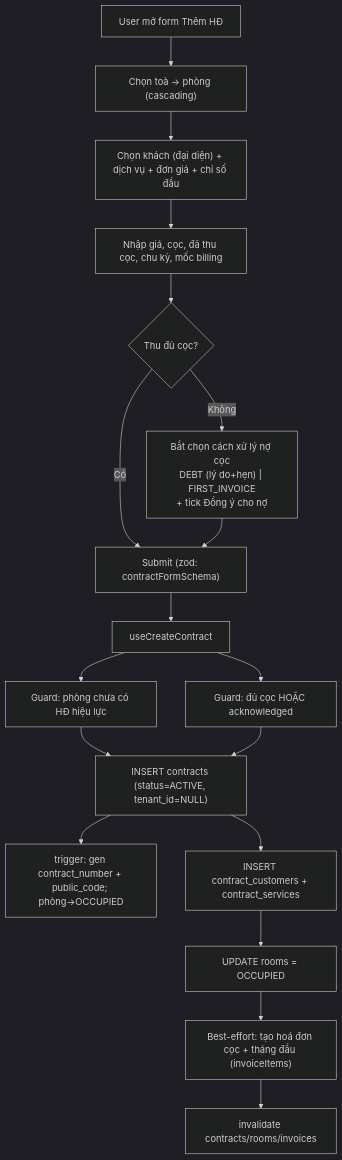
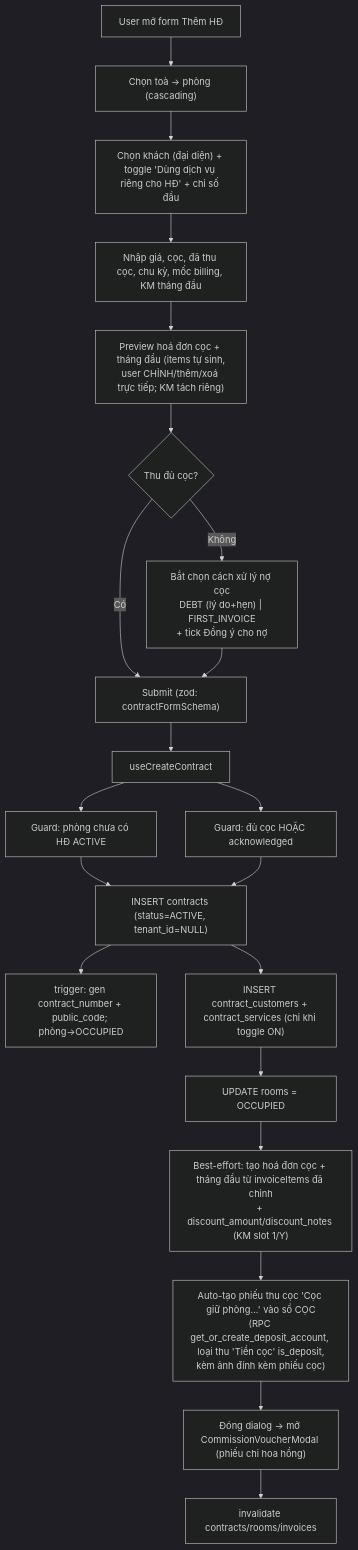
One commit to zxGreenxz/whiteboard-ihomecrm changed the third of 4 diagrams in docs/he-thong/05-hop-dong.md. Above: the diagram before and after it, drawn with Mermaid (dark theme). The commit also changed other lines of this file and 17 other files, not shown here.

````diff
--- a/docs/he-thong/05-hop-dong.md
+++ b/docs/he-thong/05-hop-dong.md
@@ -282,19 +301,22 @@
 ```mermaid
 flowchart TD
     A["User mở form Thêm HĐ"] --> B["Chọn toà → phòng (cascading)"]
-    B --> C["Chọn khách (đại diện) + dịch vụ + đơn giá + chỉ số đầu"]
-    C --> D["Nhập giá, cọc, đã thu cọc, chu kỳ, mốc billing"]
-    D --> E{"Thu đủ cọc?"}
+    B --> C["Chọn khách (đại diện) + toggle 'Dùng dịch vụ riêng cho HĐ' + chỉ số đầu"]
+    C --> D["Nhập giá, cọc, đã thu cọc, chu kỳ, mốc billing, KM tháng đầu"]
+    D --> P0["Preview hoá đơn cọc + tháng đầu (items tự sinh,<br/>user CHỈNH/thêm/xoá trực tiếp; KM tách riêng)"]
+    P0 --> E{"Thu đủ cọc?"}
     E -- "Không" --> F["Bắt chọn cách xử lý nợ cọc<br/>DEBT (lý do+hẹn) | FIRST_INVOICE<br/>+ tick Đồng ý cho nợ"]
     E -- "Có" --> G
     F --> G["Submit (zod: contractFormSchema)"]
     G --> H["useCreateContract"]
-    H --> I["Guard: phòng chưa có HĐ hiệu lực"]
+    H --> I["Guard: phòng chưa có HĐ ACTIVE"]
     H --> J["Guard: đủ cọc HOẶC acknowledged"]
     I & J --> K["INSERT contracts (status=ACTIVE, tenant_id=NULL)"]
     K --> L["trigger: gen contract_number + public_code; phòng→OCCUPIED"]
-    K --> M["INSERT contract_customers + contract_services"]
+    K --> M["INSERT contract_customers + contract_services (chỉ khi toggle ON)"]
     M --> N["UPDATE rooms = OCCUPIED"]
-    N --> O["Best-effort: tạo hoá đơn cọc + tháng đầu (invoiceItems)"]
-    O --> P["invalidate contracts/rooms/invoices"]
+    N --> O["Best-effort: tạo hoá đơn cọc + tháng đầu từ invoiceItems đã chỉnh<br/>+ discount_amount/discount_notes (KM slot 1/Y)"]
+    O --> Q["Auto-tạo phiếu thu cọc 'Cọc giữ phòng...' vào sổ CỌC<br/>(RPC get_or_create_deposit_account, loại thu 'Tiền cọc' is_deposit,<br/>kèm ảnh đính kèm phiếu cọc)"]
+    Q --> R["Đóng dialog → mở CommissionVoucherModal (phiếu chi hoa hồng)"]
+    R --> P["invalidate contracts/rooms/invoices"]
 ```
````
